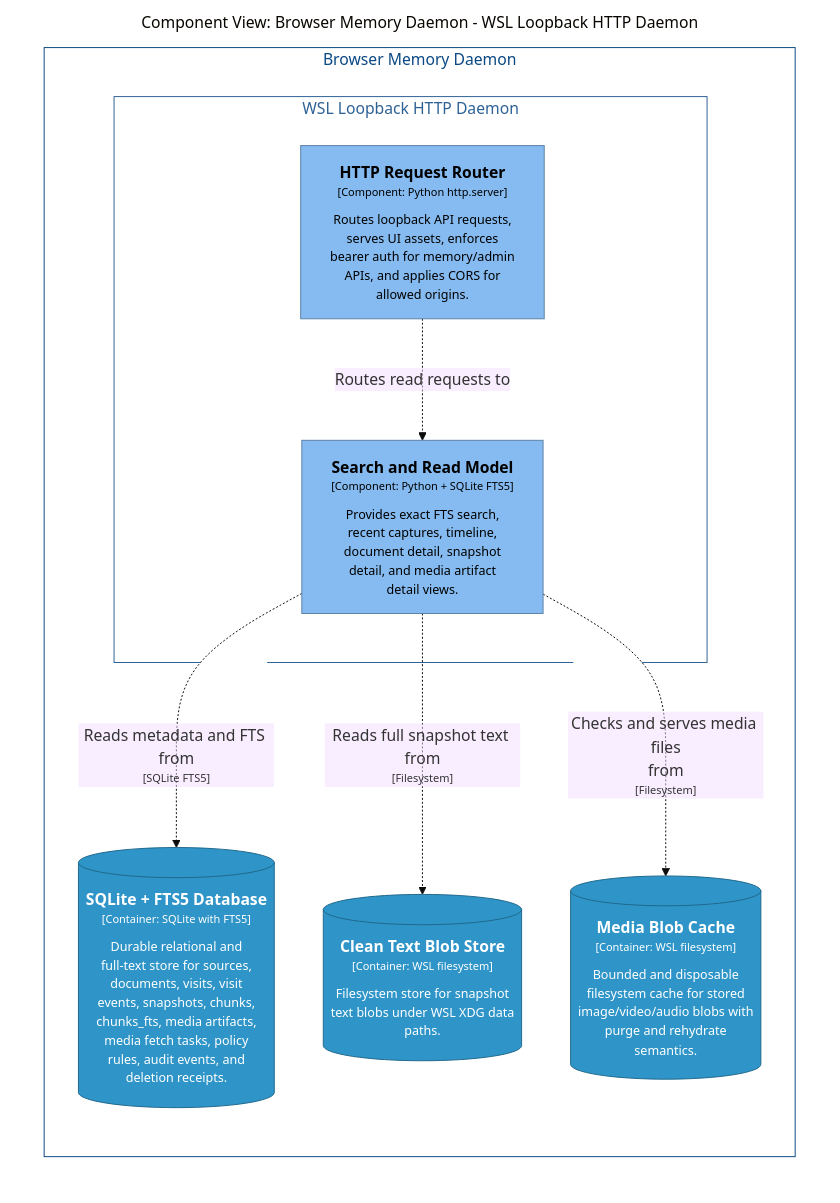
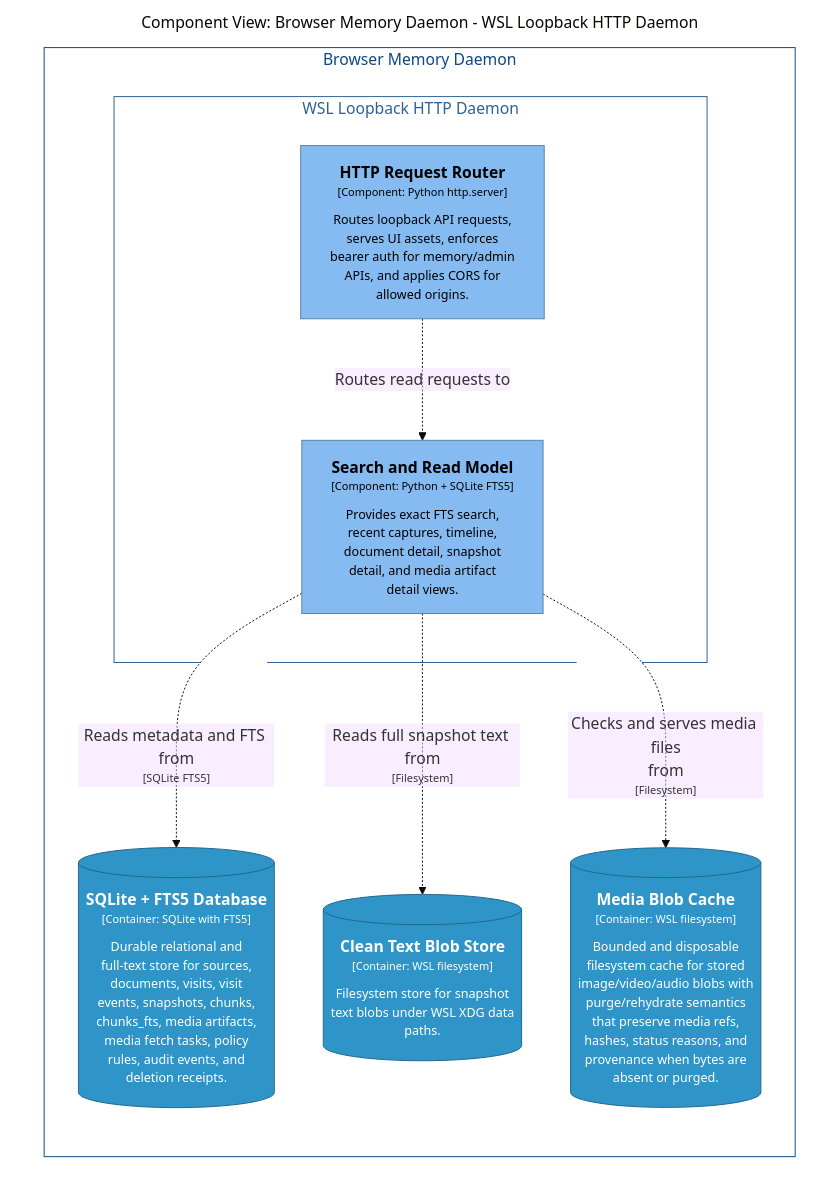
One commit to michaelnicks0/browser-memory-daemon changed the diagram in architecture/diagrams/markdown/DaemonReadComponents.md. Above: the diagram before and after it, drawn with Mermaid (base theme). The commit also changed 105 other files, not shown here.

Commit message:
docs: reconcile C4 and behavioral diagrams

````diff
--- a/architecture/diagrams/markdown/DaemonReadComponents.md
+++ b/architecture/diagrams/markdown/DaemonReadComponents.md
@@ -16,34 +16,34 @@
 ```mermaid
 graph LR
   linkStyle default fill:#ffffff
 
   subgraph diagram ["Component View: Browser Memory Daemon - WSL Loopback HTTP Daemon"]
     style diagram fill:#ffffff,stroke:#ffffff
 
     subgraph 4 ["Browser Memory Daemon"]
       style 4 fill:#ffffff,stroke:#0b4884,color:#0b4884
 
       subgraph 14 ["WSL Loopback HTTP Daemon"]
         style 14 fill:#ffffff,stroke:#2e6295,color:#2e6295
 
         15["<div style='font-weight: bold'>HTTP Request Router</div><div style='font-size: 70%; margin-top: 0px'>[Component: Python http.server]</div><div style='font-size: 80%; margin-top:10px'>Routes loopback API requests,<br />serves UI assets, enforces<br />bearer auth for memory/admin<br />APIs, and applies CORS for<br />allowed origins.</div>"]
         style 15 fill:#85bbf0,stroke:#5d82a8,color:#000000
         21["<div style='font-weight: bold'>Search and Read Model</div><div style='font-size: 70%; margin-top: 0px'>[Component: Python + SQLite FTS5]</div><div style='font-size: 80%; margin-top:10px'>Provides exact FTS search,<br />recent captures, timeline,<br />document detail, snapshot<br />detail, and media artifact<br />detail views.</div>"]
         style 21 fill:#85bbf0,stroke:#5d82a8,color:#000000
       end
 
       27[("<div style='font-weight: bold'>SQLite + FTS5 Database</div><div style='font-size: 70%; margin-top: 0px'>[Container: SQLite with FTS5]</div><div style='font-size: 80%; margin-top:10px'>Durable relational and<br />full-text store for sources,<br />documents, visits, visit<br />events, snapshots, chunks,<br />chunks_fts, media artifacts,<br />media fetch tasks, policy<br />rules, audit events, and<br />deletion receipts.</div>")]
       style 27 fill:#2f95c8,stroke:#20688c,color:#ffffff
       28[("<div style='font-weight: bold'>Clean Text Blob Store</div><div style='font-size: 70%; margin-top: 0px'>[Container: WSL filesystem]</div><div style='font-size: 80%; margin-top:10px'>Filesystem store for snapshot<br />text blobs under WSL XDG data<br />paths.</div>")]
       style 28 fill:#2f95c8,stroke:#20688c,color:#ffffff
-      29[("<div style='font-weight: bold'>Media Blob Cache</div><div style='font-size: 70%; margin-top: 0px'>[Container: WSL filesystem]</div><div style='font-size: 80%; margin-top:10px'>Bounded and disposable<br />filesystem cache for stored<br />image/video/audio blobs with<br />purge and rehydrate<br />semantics.</div>")]
+      29[("<div style='font-weight: bold'>Media Blob Cache</div><div style='font-size: 70%; margin-top: 0px'>[Container: WSL filesystem]</div><div style='font-size: 80%; margin-top:10px'>Bounded and disposable<br />filesystem cache for stored<br />image/video/audio blobs with<br />purge/rehydrate semantics<br />that preserve media refs,<br />hashes, status reasons, and<br />provenance when bytes are<br />absent or purged.</div>")]
       style 29 fill:#2f95c8,stroke:#20688c,color:#ffffff
     end
 
     15-. "<div>Routes read requests to</div><div style='font-size: 70%'></div>" .->21
     21-. "<div>Reads metadata and FTS from</div><div style='font-size: 70%'>[SQLite FTS5]</div>" .->27
     21-. "<div>Reads full snapshot text from</div><div style='font-size: 70%'>[Filesystem]</div>" .->28
     21-. "<div>Checks and serves media files<br />from</div><div style='font-size: 70%'>[Filesystem]</div>" .->29
 
   end
 ```
````
